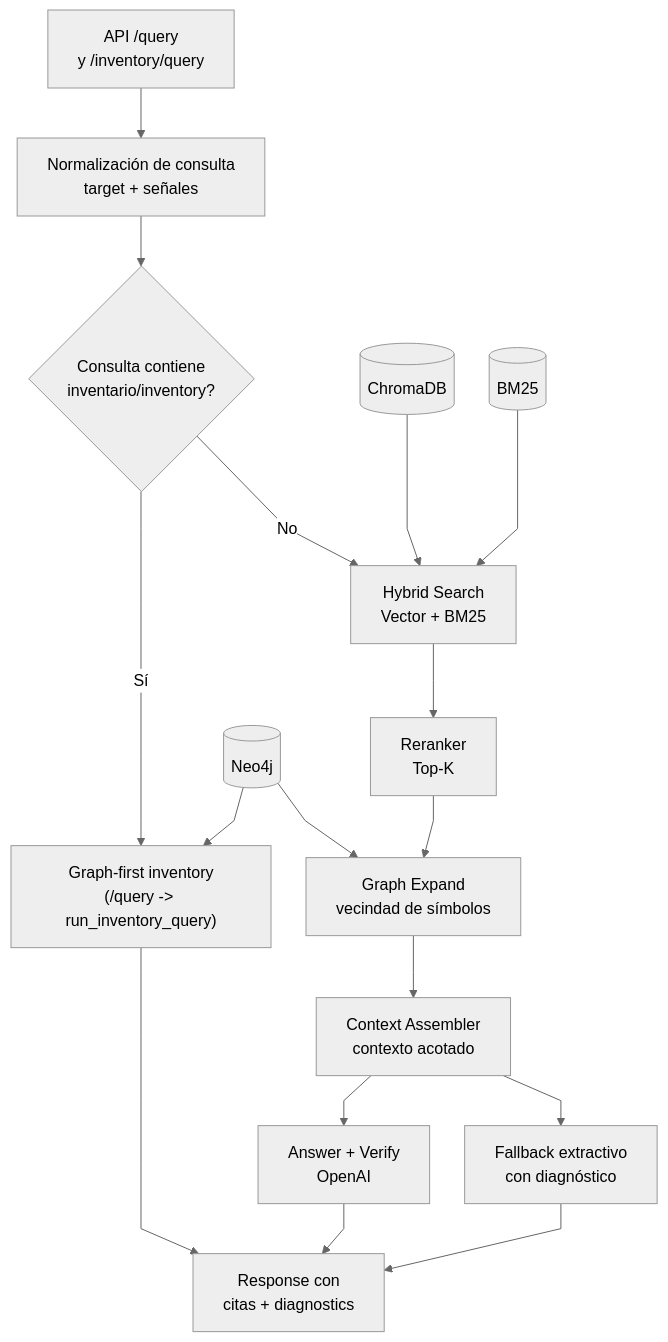
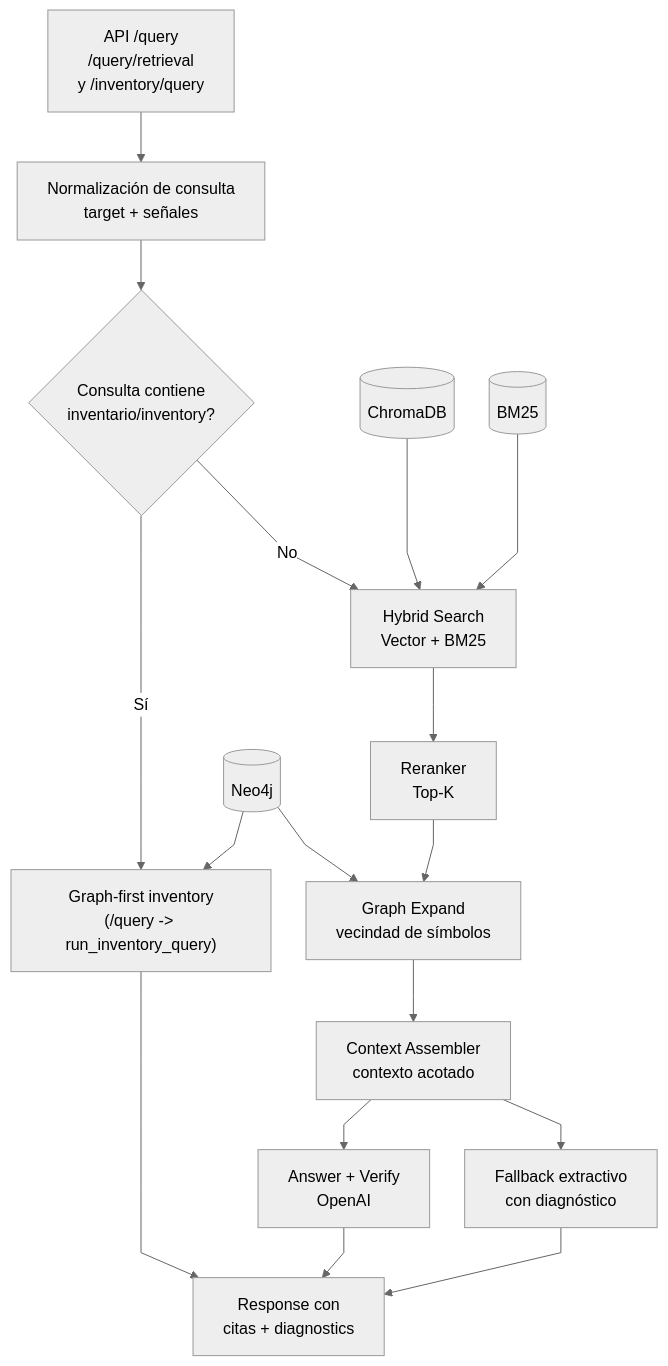
The third of 3 diagrams in README.md (gherrerz/KDB-RAG-Docs), drawn with Mermaid (neutral theme) before and after one commit. The commit also changed other lines of this file and 14 other files, not shown here.

Commit message:
feat(query): add retrieval-only endpoint, inventory parity, UI mode, and docs

````diff
--- a/README.md
+++ b/README.md
@@ -135,20 +135,20 @@
 ```mermaid
 %%{init: {'flowchart': {'htmlLabels': true, 'curve': 'linear', 'nodeSpacing': 35, 'rankSpacing': 50}}}%%
 flowchart TB
-   API["API /query<br/>y /inventory/query"] --> NORM["Normalización de consulta<br/>target + señales"]
+   API["API /query<br/>/query/retrieval<br/>y /inventory/query"] --> NORM["Normalización de consulta<br/>target + señales"]
    NORM --> ROUTE{"Consulta contiene<br/>inventario/inventory?"}
    ROUTE -->|Sí| INV["Graph-first inventory<br/>(/query -> run_inventory_query)"]
    ROUTE -->|No| HYB["Hybrid Search<br/>Vector + BM25"]
    INV --> RESP
    HYB --> RER["Reranker<br/>Top-K"]
    RER --> GEXP["Graph Expand<br/>vecindad de símbolos"]
    GEXP --> CTX["Context Assembler<br/>contexto acotado"]
 
    CH[(ChromaDB)] --> HYB
    BM[(BM25)] --> HYB
    NEO[(Neo4j)] --> INV
    NEO[(Neo4j)] --> GEXP
 
    CTX --> LLM["Answer + Verify<br/>OpenAI"] --> RESP["Response con<br/>citas + diagnostics"]
    CTX --> FBACK["Fallback extractivo<br/>con diagnóstico"] --> RESP
 ```
````
